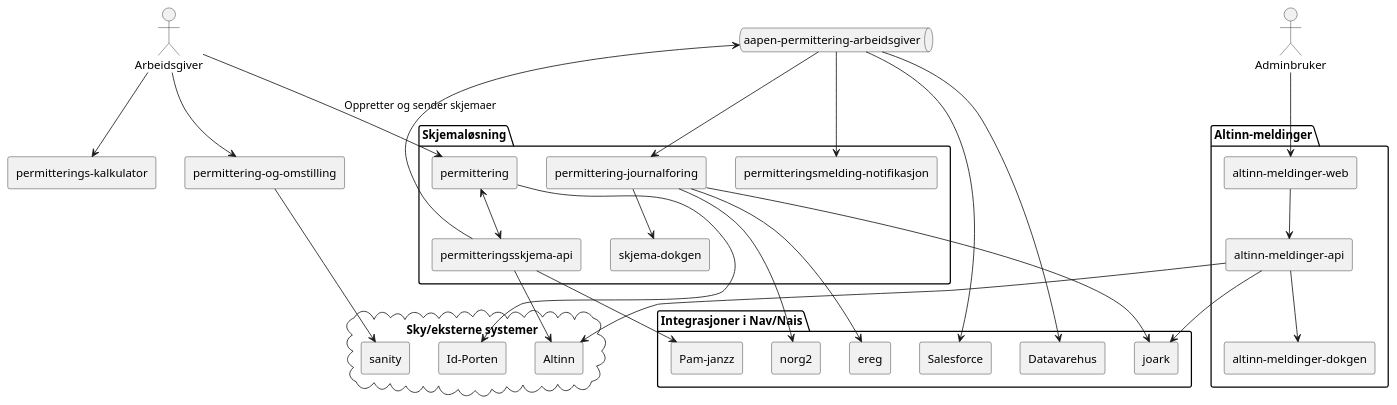
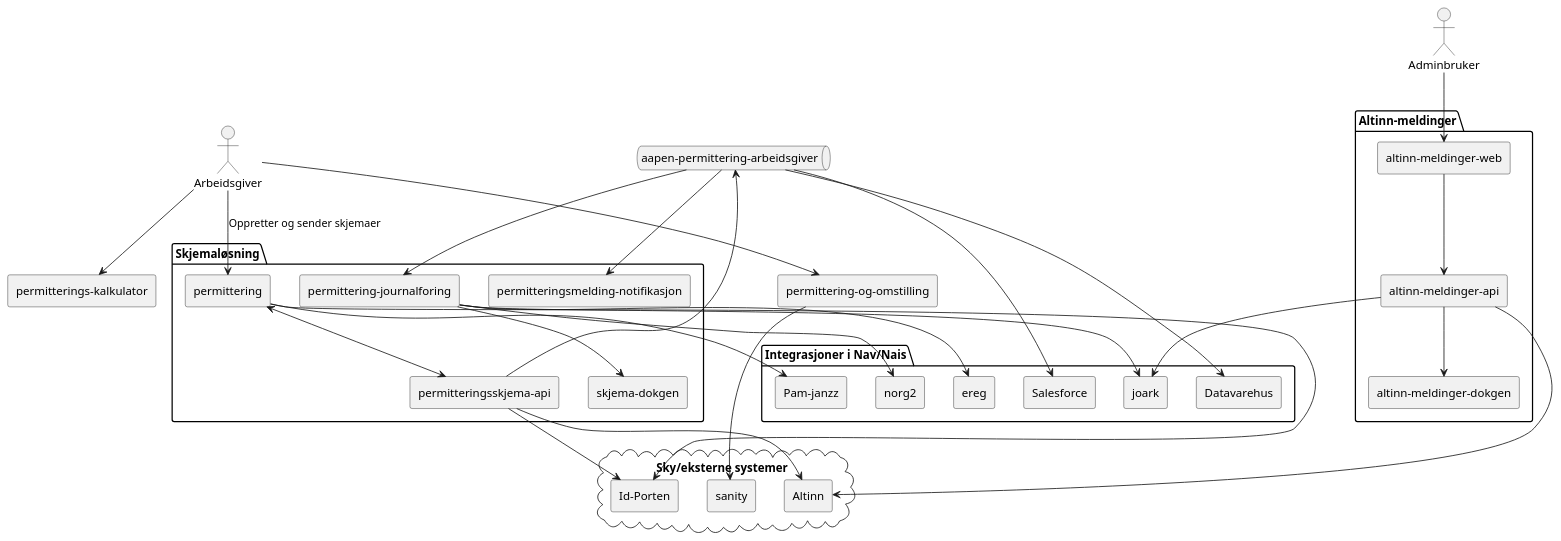
The diagram in docs/arkitektur.puml (navikt/permittering-og-nedbemanning), drawn with PlantUML before and after one commit.

Commit message:
Fikset koblinger for idporten

```diff
--- a/docs/arkitektur.puml
+++ b/docs/arkitektur.puml
@@ -1,66 +1,69 @@
 @startuml
 skinparam componentStyle rectangle
 package "Skjemaløsning" {
   [permitteringsskjema-api]
   [permittering]
   [permittering-journalforing]
   [permitteringsmelding-notifikasjon]
   [skjema-dokgen]
 }
 
 package "Altinn-meldinger" {
   [altinn-meldinger-web]
   [altinn-meldinger-api]
   [altinn-meldinger-dokgen]
 }
 
 [permitterings-kalkulator]
 
 [permittering-og-omstilling]
 
 queue "aapen-permittering-arbeidsgiver"
 
 cloud "Sky/eksterne systemer" {
   [Id-Porten]
   [sanity]
   [Altinn]
 }
 
 package "Integrasjoner i Nav/Nais" {
   [Pam-janzz]
   [Salesforce]
   [Datavarehus]
   [joark]
   [norg2]
   [ereg]
 }
 
 actor Arbeidsgiver
 actor Adminbruker
 
 Arbeidsgiver --> [permittering] : Oppretter og sender skjemaer
 [permittering] <--> [permitteringsskjema-api]
+[permittering] --> [Pam-janzz]
+
 [Id-Porten] <-- [permittering]
 [permitteringsskjema-api] --> [aapen-permittering-arbeidsgiver]
-[permitteringsskjema-api] --> [Pam-janzz]
 [permitteringsskjema-api] --> [Altinn]
+[permitteringsskjema-api] --> [Id-Porten]
+
 [aapen-permittering-arbeidsgiver] --> [permittering-journalforing]
 [aapen-permittering-arbeidsgiver] --> [permitteringsmelding-notifikasjon]
 [aapen-permittering-arbeidsgiver] --> [Salesforce]
 [aapen-permittering-arbeidsgiver] --> [Datavarehus]
 [permittering-journalforing] --> [skjema-dokgen]
 [permittering-journalforing] --> [joark]
 [permittering-journalforing] --> [norg2]
 [permittering-journalforing] --> [ereg]
 
 Adminbruker --> [altinn-meldinger-web]
 [altinn-meldinger-web] --> [altinn-meldinger-api]
 [altinn-meldinger-api] --> [altinn-meldinger-dokgen]
 [altinn-meldinger-api] --> [Altinn]
 [altinn-meldinger-api] --> [joark]
 
 Arbeidsgiver --> [permitterings-kalkulator]
 Arbeidsgiver --> [permittering-og-omstilling]
 [permittering-og-omstilling] --> [sanity]
 
 @enduml
```
